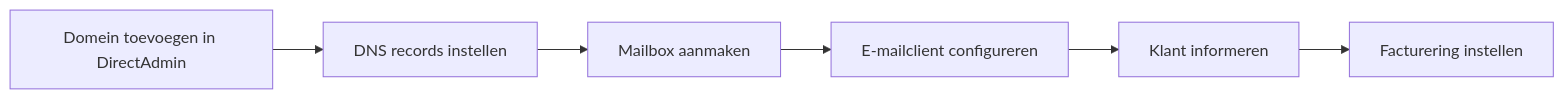
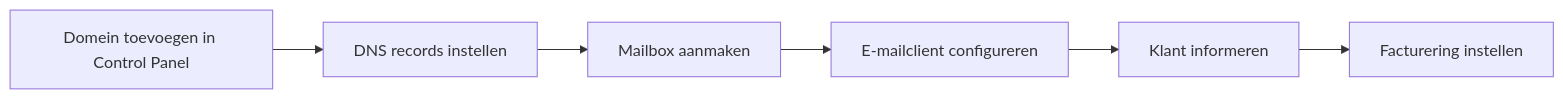
One commit to kayjilesen/documentationai-Docs changed the diagram in email/mxroute.mdx. Above: the diagram before and after it, drawn with Mermaid. The commit also changed other lines of this file and 7 other files, not shown here.

````diff
--- a/email/mxroute.mdx
+++ b/email/mxroute.mdx
@@ -10,8 +10,8 @@
 ```mermaid
 graph LR
-    A["Domein toevoegen in DirectAdmin"] --> B["DNS records instellen"]
+    A["Domein toevoegen in Control Panel"] --> B["DNS records instellen"]
     B --> C["Mailbox aanmaken"]
     C --> D["E-mailclient configureren"]
     D --> E["Klant informeren"]
     E --> F["Facturering instellen"]
 ```
````
